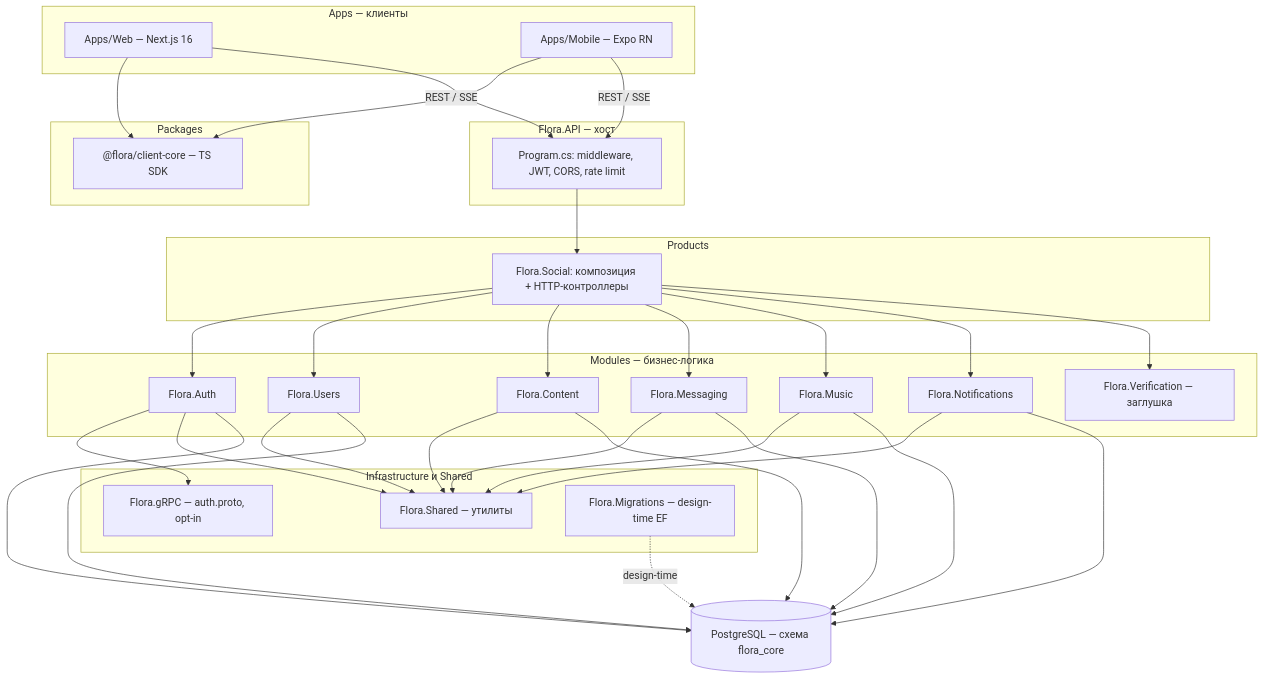
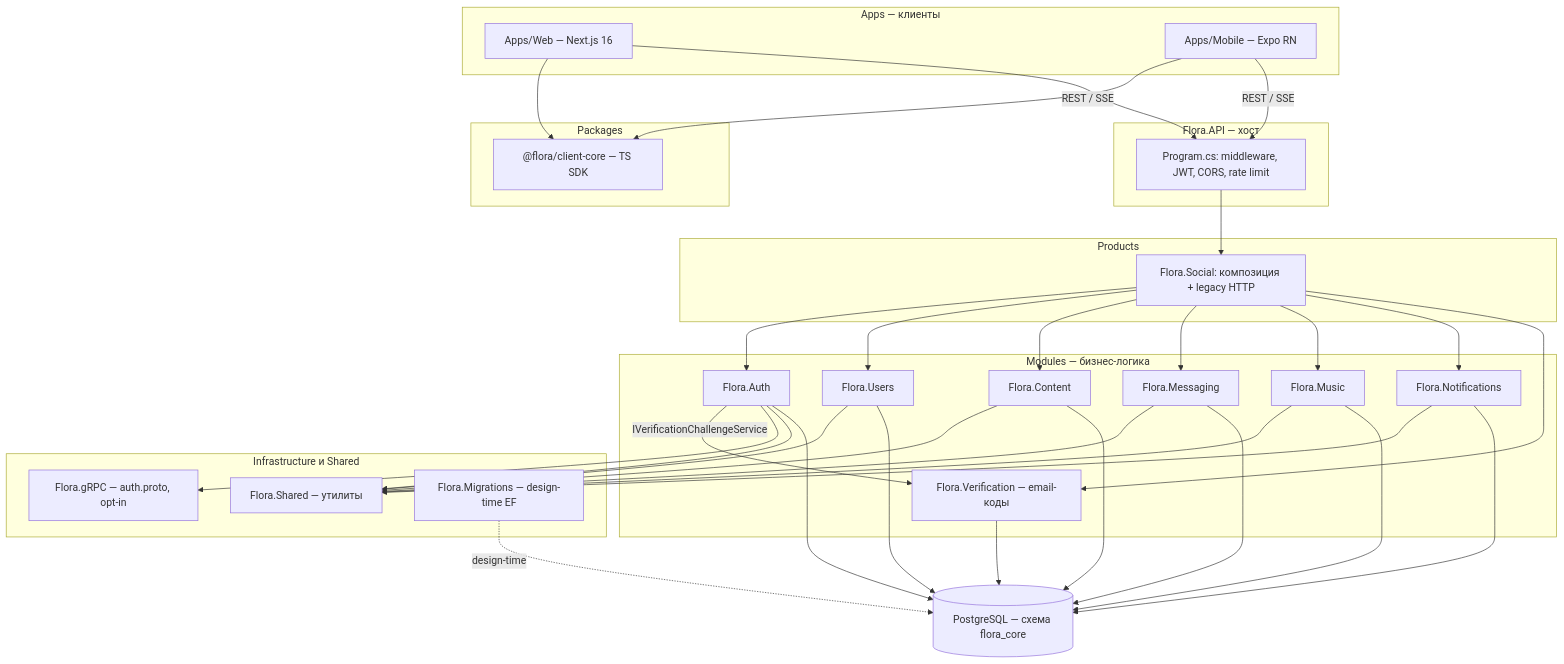
One commit to effka11/Flora.Ecosystem changed the first of 6 diagrams in ARCHITECTURE.md. Above: the diagram before and after it, drawn with Mermaid. The commit also changed other lines of this file, not shown here.

Commit message:
docs(ecosystem): architecture file update

````diff
--- a/ARCHITECTURE.md
+++ b/ARCHITECTURE.md
@@ -21,58 +21,60 @@
 ```mermaid
 flowchart TD
     subgraph apps [Apps — клиенты]
         Web["Apps/Web — Next.js 16"]
         Mobile["Apps/Mobile — Expo RN"]
     end
     subgraph pkg [Packages]
         Core["@flora/client-core — TS SDK"]
     end
     subgraph host [Flora.API — хост]
         Program["Program.cs: middleware, JWT, CORS, rate limit"]
     end
     subgraph product [Products]
-        Social["Flora.Social: композиция + HTTP-контроллеры"]
+        Social["Flora.Social: композиция + legacy HTTP"]
     end
     subgraph modules [Modules — бизнес-логика]
         Auth["Flora.Auth"]
         Users["Flora.Users"]
         Content["Flora.Content"]
         Messaging["Flora.Messaging"]
         Music["Flora.Music"]
         Notifications["Flora.Notifications"]
-        Verification["Flora.Verification — заглушка"]
+        Verification["Flora.Verification — email-коды"]
     end
     subgraph infra [Infrastructure и Shared]
         Grpc["Flora.gRPC — auth.proto, opt-in"]
         Shared["Flora.Shared — утилиты"]
         Migrations["Flora.Migrations — design-time EF"]
     end
     Db[("PostgreSQL — схема flora_core")]
 
     Web --> Core
     Mobile --> Core
     Web -->|"REST / SSE"| Program
     Mobile -->|"REST / SSE"| Program
     Program --> Social
     Social --> Auth
     Social --> Users
     Social --> Content
     Social --> Messaging
     Social --> Music
     Social --> Notifications
     Social --> Verification
+    Auth -->|"IVerificationChallengeService"| Verification
     Auth --> Grpc
     Auth --> Shared
     Users --> Shared
     Content --> Shared
     Messaging --> Shared
     Music --> Shared
     Notifications --> Shared
     Auth --> Db
     Users --> Db
     Content --> Db
     Messaging --> Db
     Music --> Db
     Notifications --> Db
+    Verification --> Db
     Migrations -.->|"design-time"| Db
 ```
````
